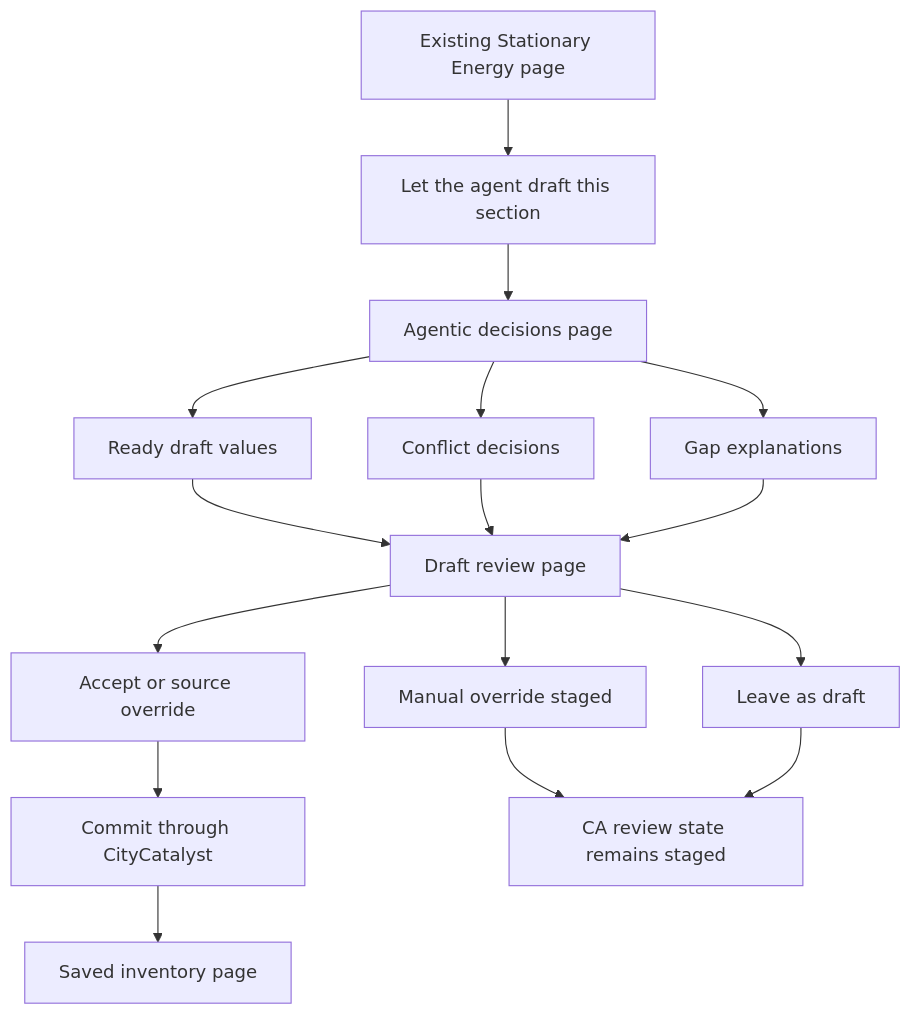
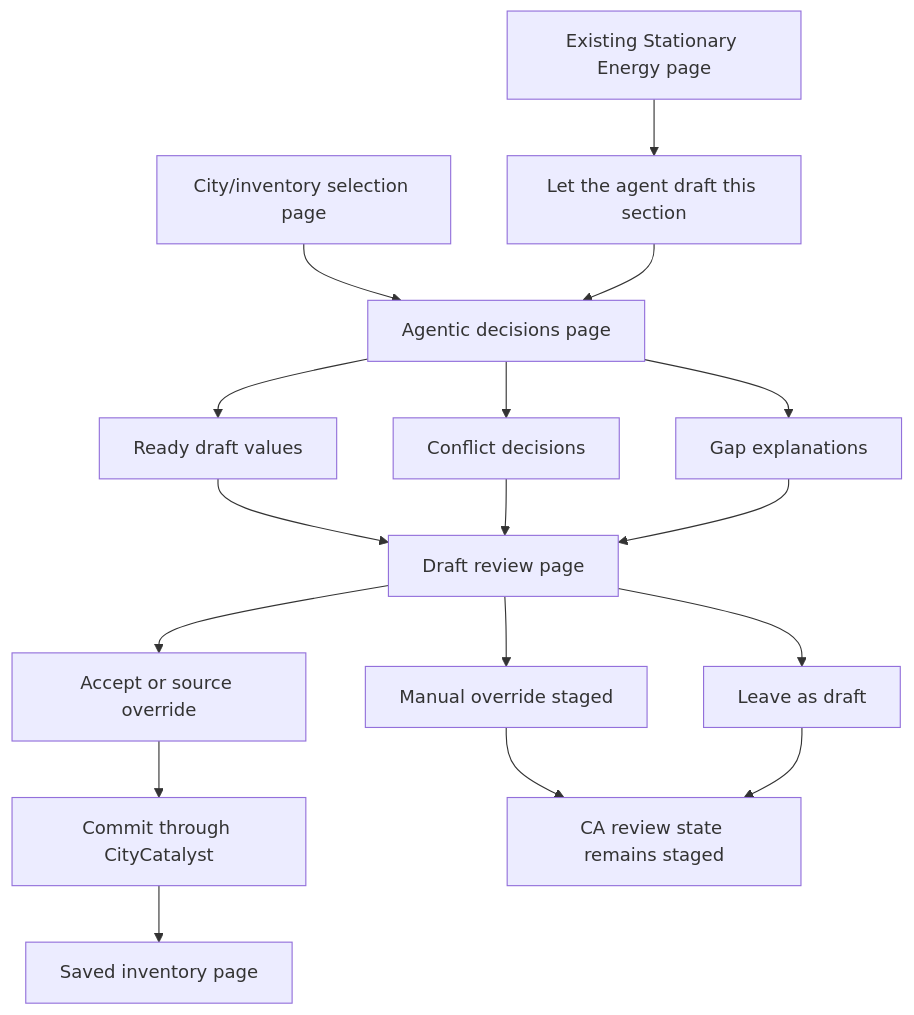
The sixth of 6 diagrams in docs/plan.md (Open-Earth-Foundation/CityCatalyst), drawn with Mermaid before and after one commit. The commit also changed other lines of this file and 1 other file, not shown here.

Commit message:
docs: refine stationary energy agentic plan

````diff
--- a/docs/plan.md
+++ b/docs/plan.md
@@ -1217,18 +993,19 @@
 ```mermaid
 flowchart TD
+  Launcher["City/inventory selection page"] --> Decisions["Agentic decisions page"]
   Inventory["Existing Stationary Energy page"] --> CTA["Let the agent draft this section"]
-  CTA --> Decisions["Agentic decisions page"]
+  CTA --> Decisions
   Decisions --> Ready["Ready draft values"]
   Decisions --> Conflict["Conflict decisions"]
   Decisions --> Gap["Gap explanations"]
   Ready --> Review["Draft review page"]
   Conflict --> Review
   Gap --> Review
   Review --> Accept["Accept or source override"]
   Review --> Manual["Manual override staged"]
   Review --> Leave["Leave as draft"]
   Accept --> Commit["Commit through CityCatalyst"]
   Commit --> Saved["Saved inventory page"]
   Manual --> ReviewState["CA review state remains staged"]
   Leave --> ReviewState
 ```
````
